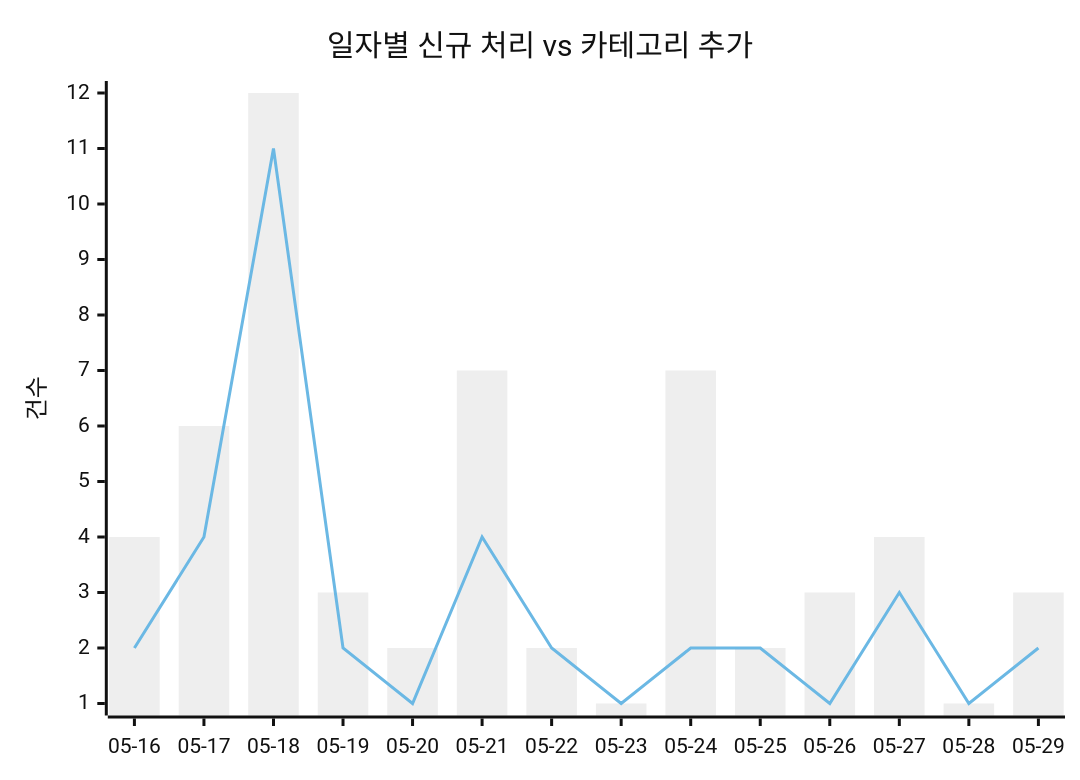
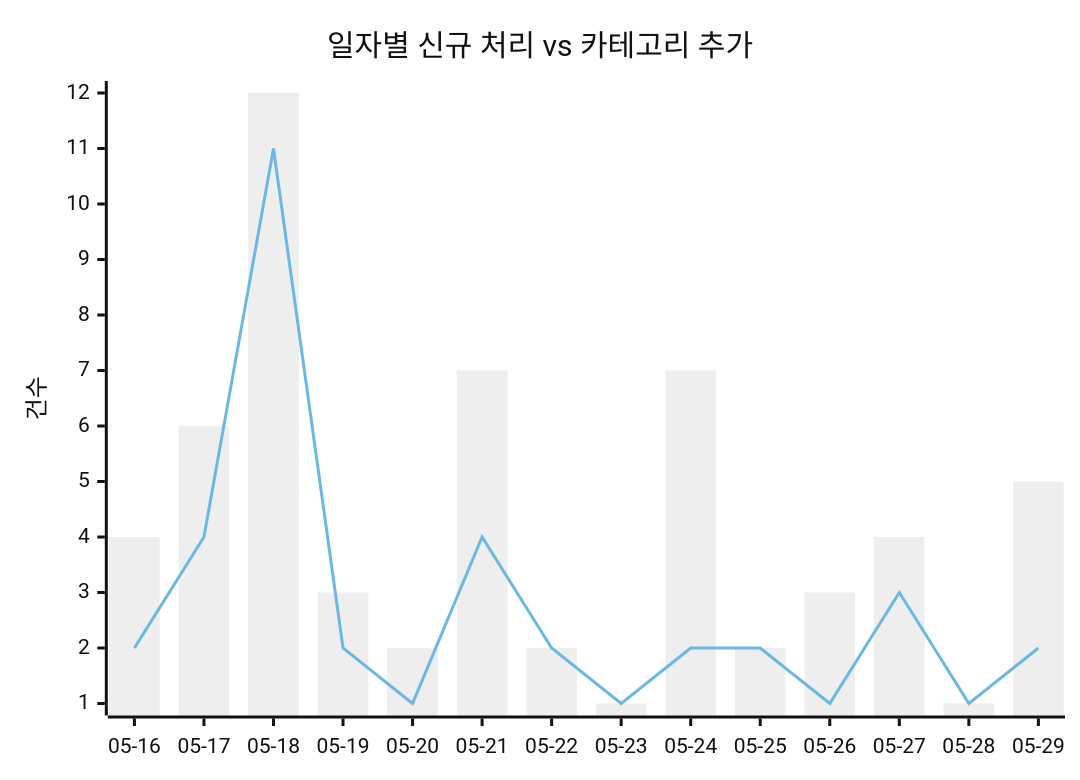
One commit to J-nowcow/awesome-korean-agent-skills changed the first of 2 diagrams in docs/trends.md. Above: the diagram before and after it, drawn with Mermaid (neutral theme). The commit also changed other lines of this file and 2 other files, not shown here.

````diff
--- a/docs/trends.md
+++ b/docs/trends.md
@@ -32,8 +32,8 @@
 ```mermaid
 xychart-beta
     title "일자별 신규 처리 vs 카테고리 추가"
     x-axis ["05-16","05-17","05-18","05-19","05-20","05-21","05-22","05-23","05-24","05-25","05-26","05-27","05-28","05-29"]
     y-axis "건수"
-    bar [4,6,12,3,2,7,2,1,7,2,3,4,1,3]
+    bar [4,6,12,3,2,7,2,1,7,2,3,4,1,5]
     line [2,4,11,2,1,4,2,1,2,2,1,3,1,2]
 ```
````
